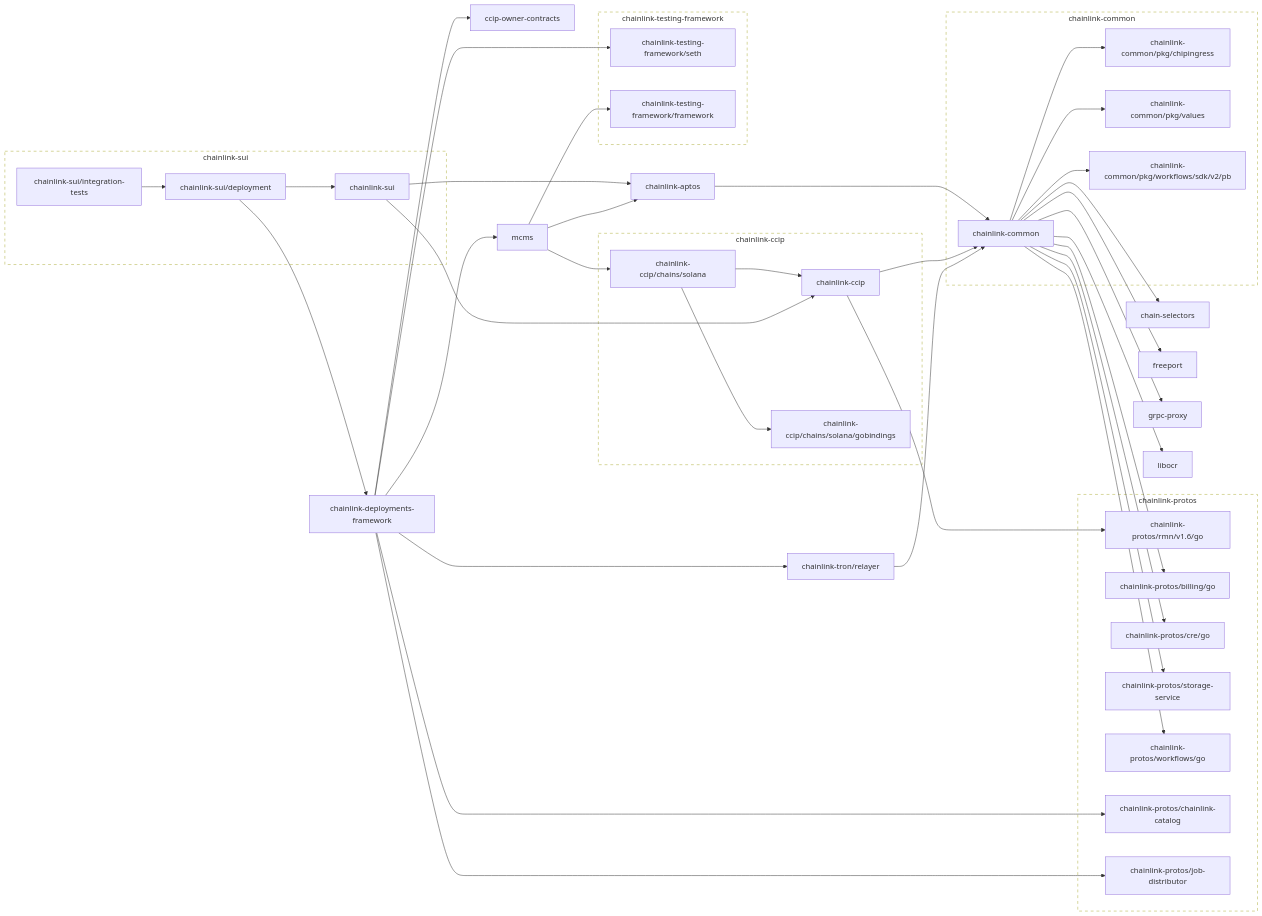
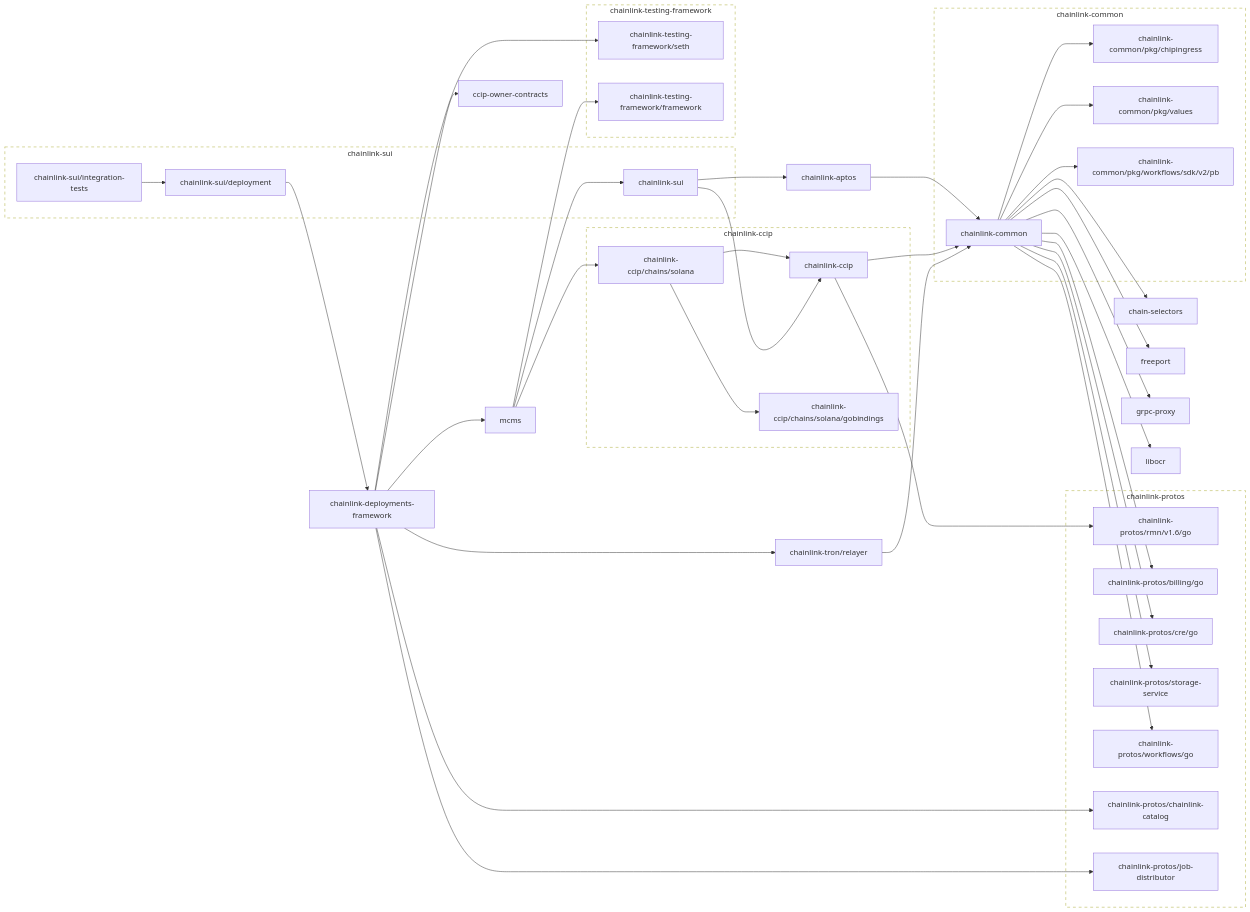
One commit to smartcontractkit/chainlink-sui changed the second of 2 diagrams in go.md. Above: the diagram before and after it, drawn with Mermaid. The commit also changed 1 other file, not shown here.

Commit message:
run modgraph. add task for it

```diff
--- a/go.md
+++ b/go.md
@@ -125,7 +125,6 @@
 	chainlink-sui --> chainlink-ccip
 	click chainlink-sui href "https://github.com/smartcontractkit/chainlink-sui"
 	chainlink-sui/deployment --> chainlink-deployments-framework
-	chainlink-sui/deployment --> chainlink-sui
 	click chainlink-sui/deployment href "https://github.com/smartcontractkit/chainlink-sui"
 	chainlink-sui/integration-tests --> chainlink-sui/deployment
 	click chainlink-sui/integration-tests href "https://github.com/smartcontractkit/chainlink-sui"
@@ -141,8 +140,8 @@
 	click grpc-proxy href "https://github.com/smartcontractkit/grpc-proxy"
 	libocr
 	click libocr href "https://github.com/smartcontractkit/libocr"
-	mcms --> chainlink-aptos
 	mcms --> chainlink-ccip/chains/solana
+	mcms --> chainlink-sui
 	mcms --> chainlink-testing-framework/framework
 	click mcms href "https://github.com/smartcontractkit/mcms"
 
```
